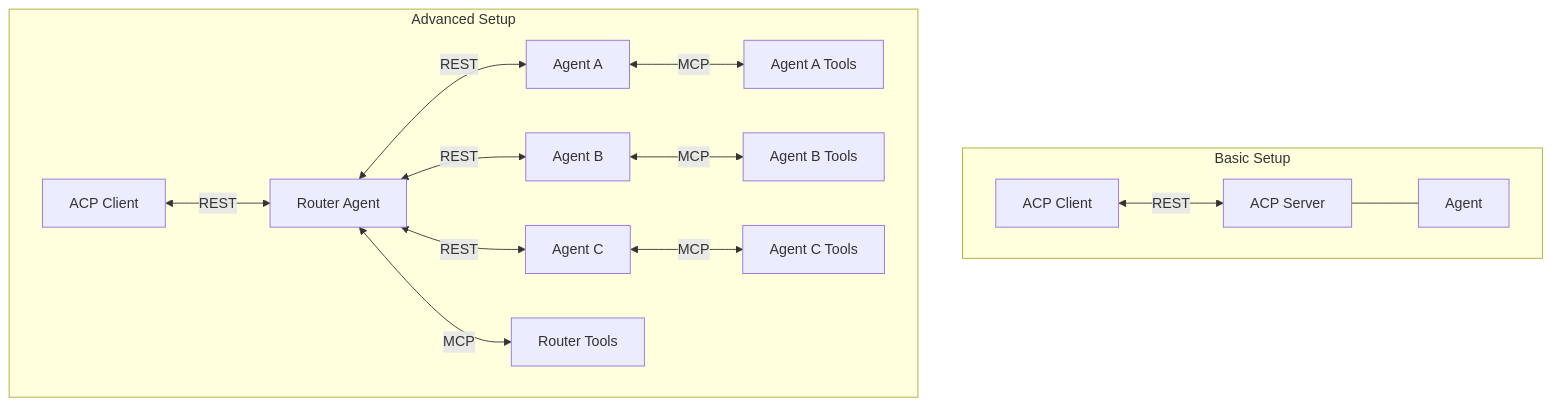
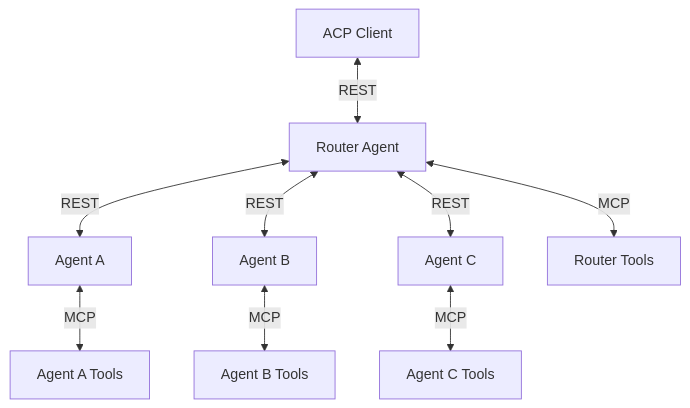
One commit to i-am-bee/acp changed the second of 2 diagrams in docs/core-concepts/architecture.mdx. Above: the diagram before and after it, drawn with Mermaid. The commit also changed other lines of this file, not shown here.

Commit message:
docs: update architecture diagram

````diff
--- a/docs/core-concepts/architecture.mdx
+++ b/docs/core-concepts/architecture.mdx
@@ -8,22 +19,15 @@
 ```mermaid
 flowchart TD
-    subgraph "Basic Setup"
-        Client1["ACP Client"] <-->|REST| Server1["ACP Server"]
-        Server1 --- Agent1["Agent"]
-    end
-
-    subgraph "Advanced Setup"
-        Client2["ACP Client"] <-->|REST| RouterAgent["Router Agent"]
-        
-        %% Router is both Server and Client
-        RouterAgent <-->|REST| AgentA["Agent A"]
-        RouterAgent <-->|REST| AgentB["Agent B"]
-        RouterAgent <-->|REST| AgentC["Agent C"]
-        
-        %% MCP Tool Integrations
-        RouterAgent <-->|"MCP"| ToolR["Router Tools"]
-        AgentA <-->|"MCP"| ToolA["Agent A Tools"]
-        AgentB <-->|"MCP"| ToolB["Agent B Tools"]
-        AgentC <-->|"MCP"| ToolC["Agent C Tools"]
-    end
+    Client2["ACP Client"] <-->|REST| RouterAgent["Router Agent"]
+    
+    %% Router is both Server and Client
+    RouterAgent <-->|REST| AgentA["Agent A"]
+    RouterAgent <-->|REST| AgentB["Agent B"]
+    RouterAgent <-->|REST| AgentC["Agent C"]
+    
+    %% MCP Tool Integrations
+    RouterAgent <-->|"MCP"| ToolR["Router Tools"]
+    AgentA <-->|"MCP"| ToolA["Agent A Tools"]
+    AgentB <-->|"MCP"| ToolB["Agent B Tools"]
+    AgentC <-->|"MCP"| ToolC["Agent C Tools"]
 ```
````
